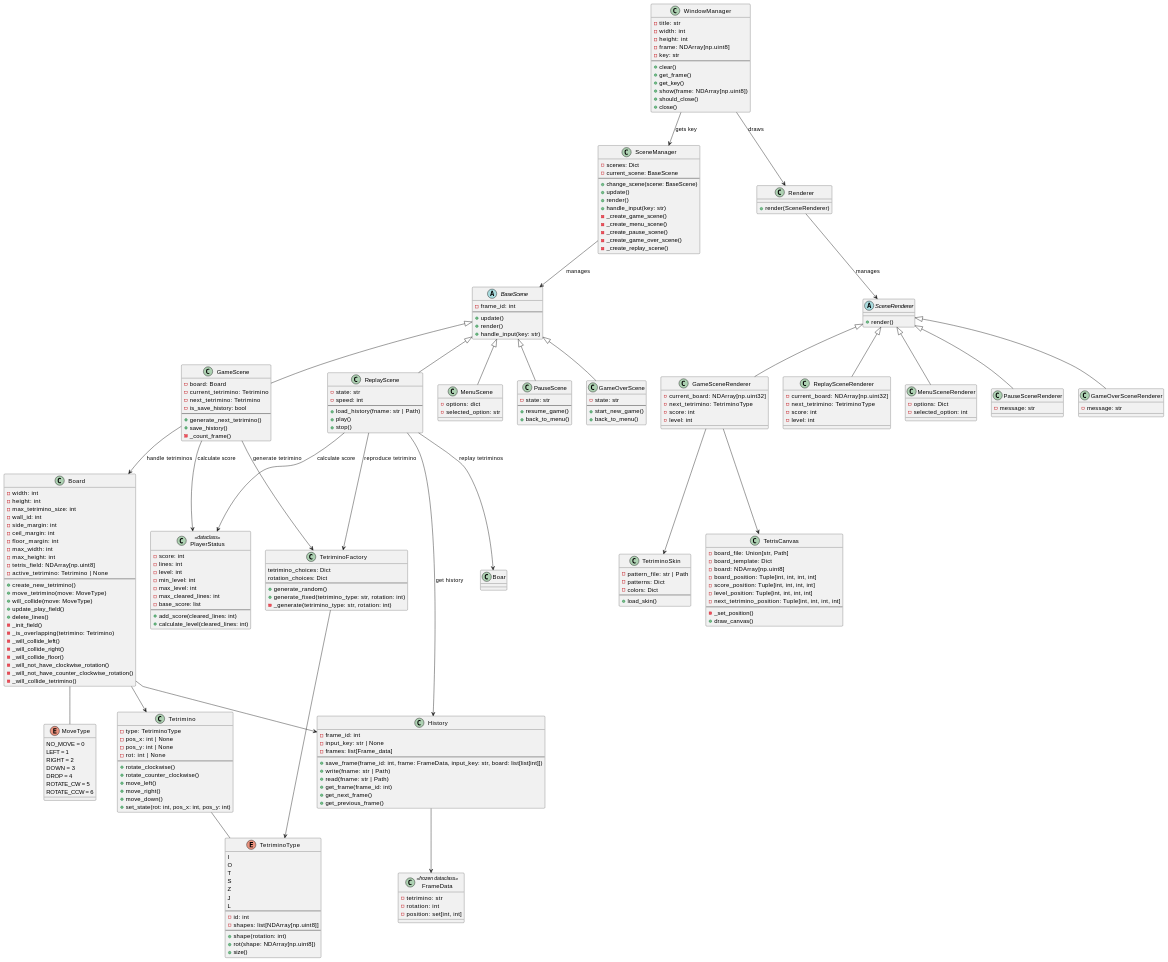
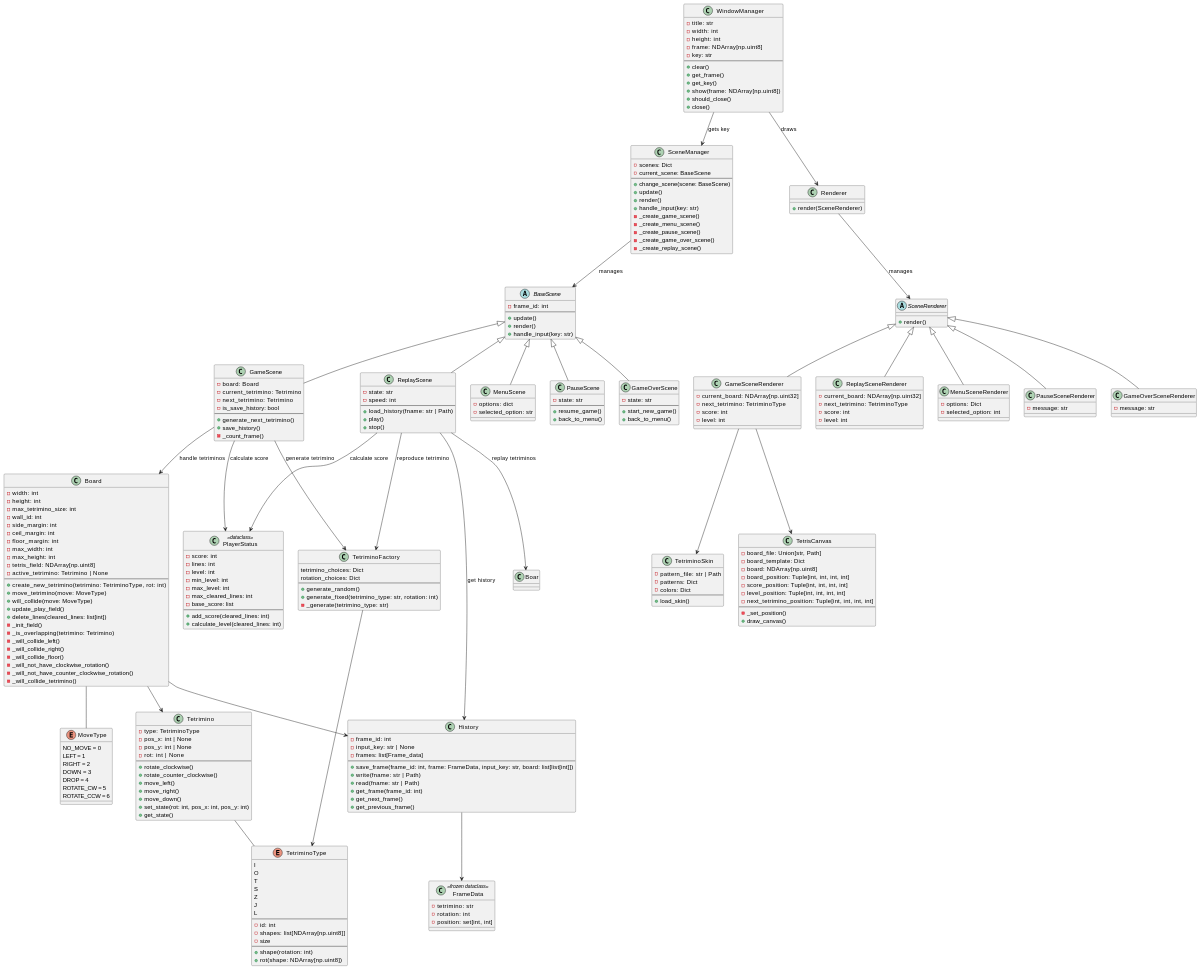
Before and after one commit to tsuzuki-nekozuki/python-tetris: the diagram in README.md, drawn with PlantUML. The commit also changed 7 other files, not shown here.

```diff
--- a/README.md
+++ b/README.md
@@ -218,11 +218,11 @@
     - tetris_field: NDArray[np.uint8]
     - active_tetrimino: Tetrimino | None
     ---
-    + create_new_tetrimino()
+    + create_new_tetrimino(tetrimino: TetriminoType, rot: int)
     + move_tetrimino(move: MoveType)
     + will_collide(move: MoveType)
     + update_play_field()
-    + delete_lines()
+    + delete_lines(cleared_lines: list[int])
     - _init_field()
     - _is_overlapping(tetrimino: Tetrimino)
     - _will_collide_left()
@@ -255,6 +255,7 @@
     + move_right()
     + move_down()
     + set_state(rot: int, pos_x: int, pos_y: int)
+    + get_state()
 }
 
 Enum TetriminoType {
@@ -268,10 +269,10 @@
     ---
     - id: int
     - shapes: list[NDArray[np.uint8]]
+    - size
     ---
     + shape(rotation: int)
     + rot(shape: NDArray[np.uint8])
-    + size()
 }
 
 class TetriminoFactory {
@@ -280,7 +281,7 @@
     ---
     + generate_random()
     + generate_fixed(tetrimino_type: str, rotation: int)
-    - _generate(tetrimino_type: str, rotation: int)
+    - _generate(tetrimino_type: str)
 }
 
 class History {
```
